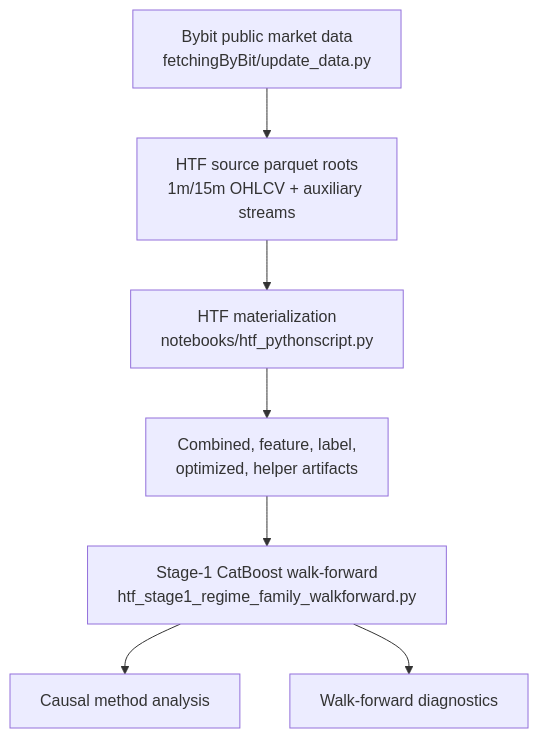
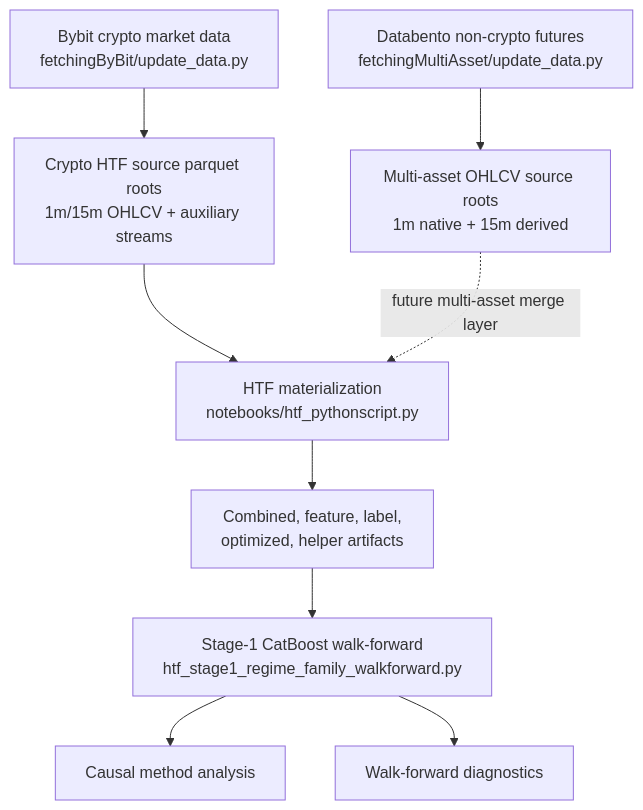
Before and after one commit to Pr3ez/RiskYieldMM: the diagram in README.md, drawn with Mermaid. The commit also changed other lines of this file and 27 other files, not shown here.

Commit message:
Add multi-asset data fetch pipeline

````diff
--- a/README.md
+++ b/README.md
@@ -305,9 +332,11 @@
 ```mermaid
 flowchart TD
-    A["Bybit public market data<br/>fetchingByBit/update_data.py"] --> B["HTF source parquet roots<br/>1m/15m OHLCV + auxiliary streams"]
+    A["Bybit crypto market data<br/>fetchingByBit/update_data.py"] --> B["Crypto HTF source parquet roots<br/>1m/15m OHLCV + auxiliary streams"]
+    M["Databento non-crypto futures<br/>fetchingMultiAsset/update_data.py"] --> N["Multi-asset OHLCV source roots<br/>1m native + 15m derived"]
     B --> C["HTF materialization<br/>notebooks/htf_pythonscript.py"]
+    N -. future multi-asset merge layer .-> C
     C --> D["Combined, feature, label,<br/>optimized, helper artifacts"]
     D --> E["Stage-1 CatBoost walk-forward<br/>htf_stage1_regime_family_walkforward.py"]
     E --> F["Causal method analysis"]
     E --> G["Walk-forward diagnostics"]
 ```
````
